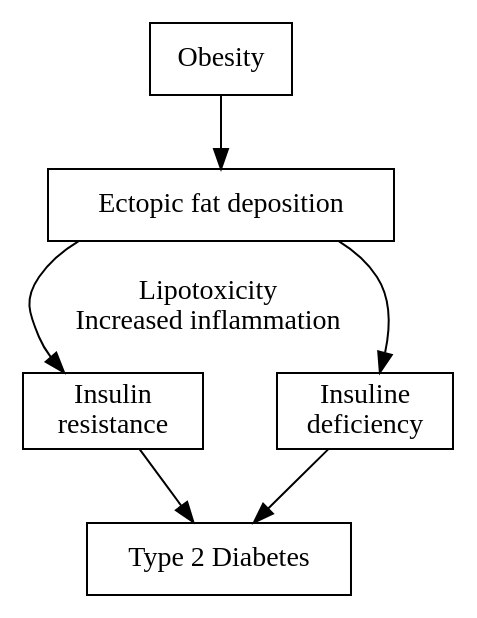
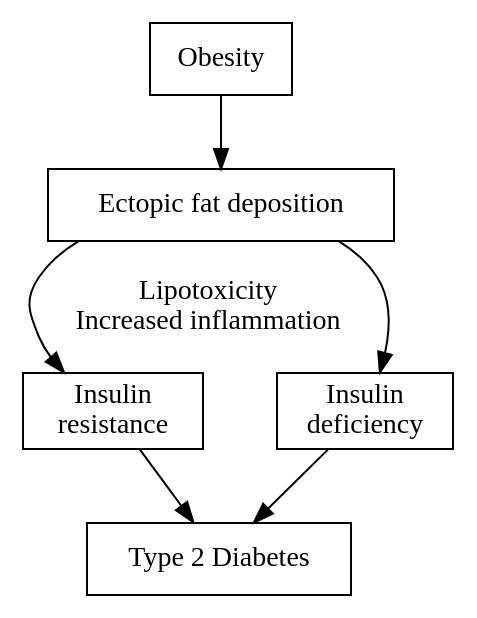
One commit to Karobben/Karobben.github.io changed the fourth of 7 diagrams in source/_posts/LearnNotes/edx-biochm-19.md. Above: the diagram before and after it, drawn with Graphviz. The commit also changed 4407 other files, not shown here.

````diff
--- a/source/_posts/LearnNotes/edx-biochm-19.md
+++ b/source/_posts/LearnNotes/edx-biochm-19.md
@@ -297,11 +297,11 @@
 ```graphviz
 digraph{
   rankdir = "UD"
   node [shape = box]
   EFD [label = "Ectopic fat deposition"]
   Obesity -> EFD
   EFD -> "Insulin\nresistance" [label = "Lipotoxicity\nIncreased inflammation"]
-  EFD -> "Insuline\ndeficiency" -> "Type 2 Diabetes"
+  EFD -> "Insulin\ndeficiency" -> "Type 2 Diabetes"
   "Insulin\nresistance" -> "Type 2 Diabetes"
 }
 ```
````
